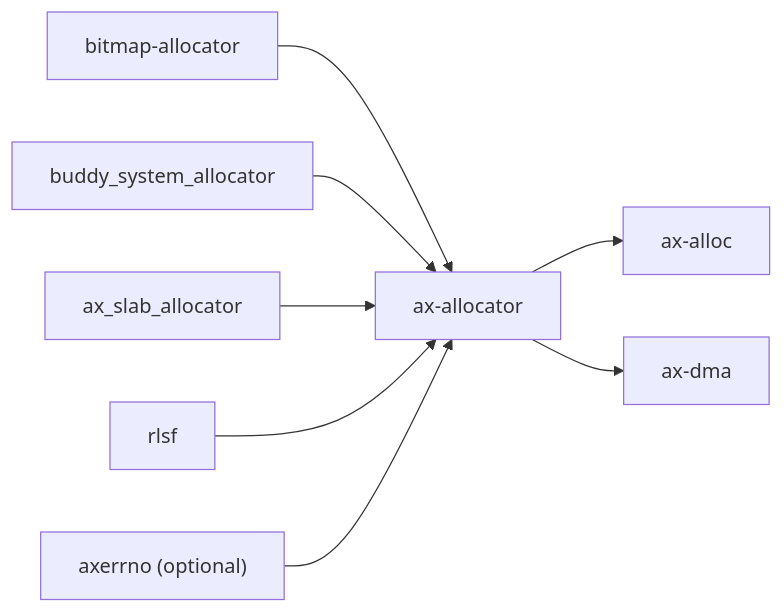
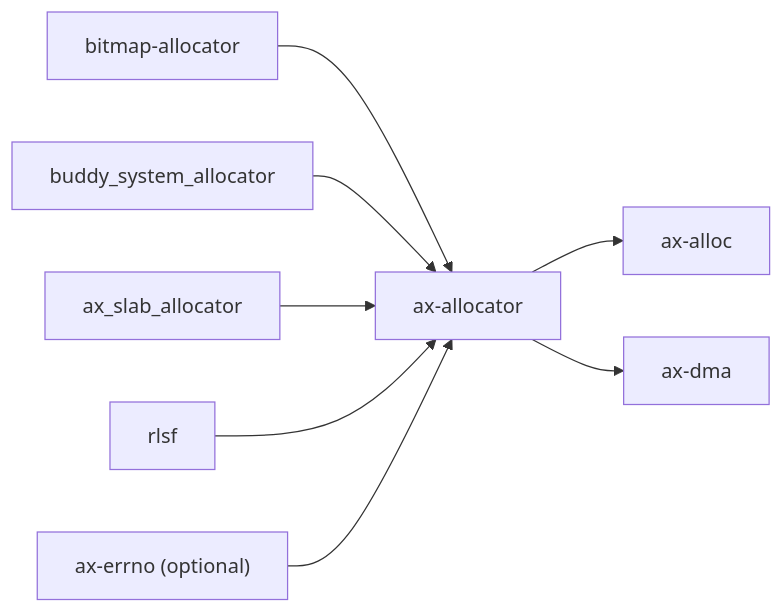
The diagram in docs/crates/ax-allocator.md (zKurisu/tgoskits), drawn with Mermaid before and after one commit. The commit also changed other lines of this file and 278 other files, not shown here.

Commit message:
rename axerrno to ax-errno

````diff
--- a/docs/crates/ax-allocator.md
+++ b/docs/crates/ax-allocator.md
@@ -70,11 +70,11 @@
 ```mermaid
 graph LR
     bitmap["bitmap-allocator"] --> ax-allocator["ax-allocator"]
     buddy["buddy_system_allocator"] --> ax-allocator
     slab["ax_slab_allocator"] --> ax-allocator
     tlsf["rlsf"] --> ax-allocator
-    axerrno["axerrno (optional)"] --> ax-allocator
+    ax_errno["ax-errno (optional)"] --> ax-allocator
 
     ax-allocator --> ax-alloc["ax-alloc"]
     ax-allocator --> ax_dma["ax-dma"]
 ```
````
